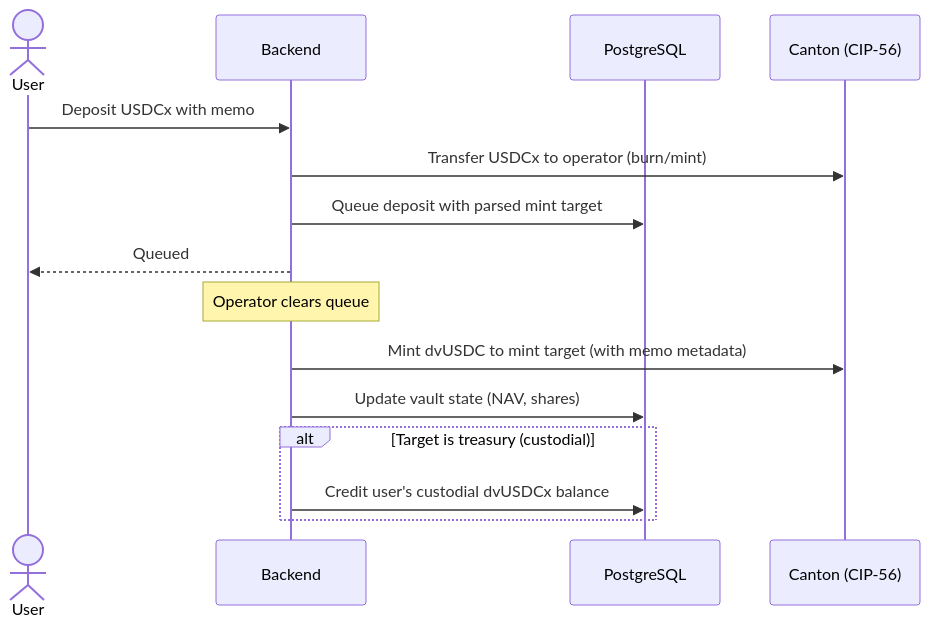
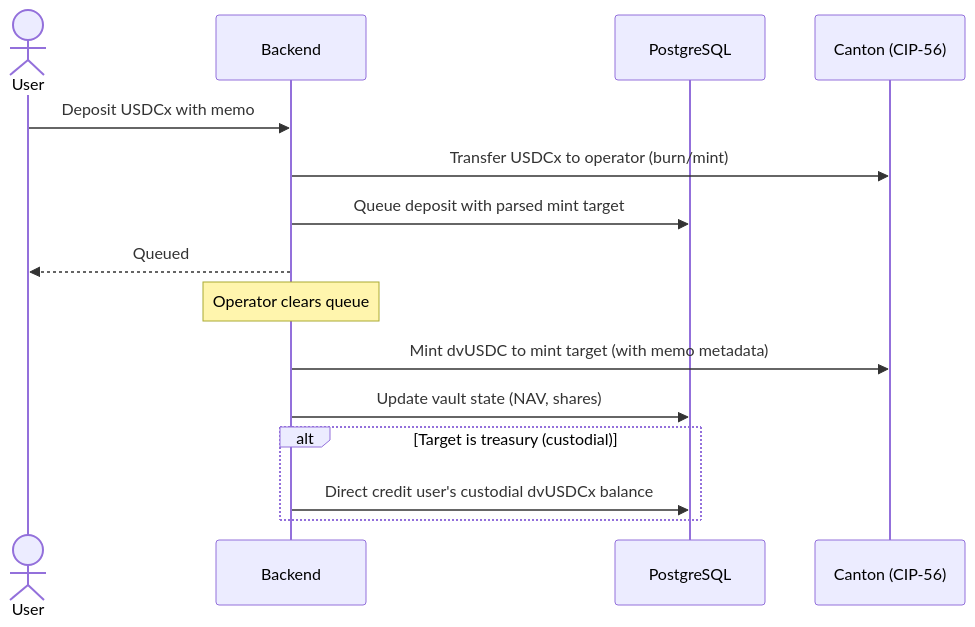
Before and after one commit to dittonetwork/ditto-ccvault: the second of 3 diagrams in README.md, drawn with Mermaid. The commit also changed other lines of this file and 1 other file, not shown here.

First line of the commit message:
docs: update custodial deposit flows, clearing credits, and UI description

````diff
--- a/README.md
+++ b/README.md
@@ -90,20 +90,20 @@
 ```mermaid
 sequenceDiagram
     actor User
     participant BE as Backend
     participant DB as PostgreSQL
     participant CN as Canton (CIP-56)
 
     User->>BE: Deposit USDCx with memo
     BE->>CN: Transfer USDCx to operator (burn/mint)
     BE->>DB: Queue deposit with parsed mint target
     BE-->>User: Queued
 
     Note over BE: Operator clears queue
     BE->>CN: Mint dvUSDC to mint target (with memo metadata)
     BE->>DB: Update vault state (NAV, shares)
 
     alt Target is treasury (custodial)
-        BE->>DB: Credit user's custodial dvUSDCx balance
+        BE->>DB: Direct credit user's custodial dvUSDCx balance
     end
 ```
````
